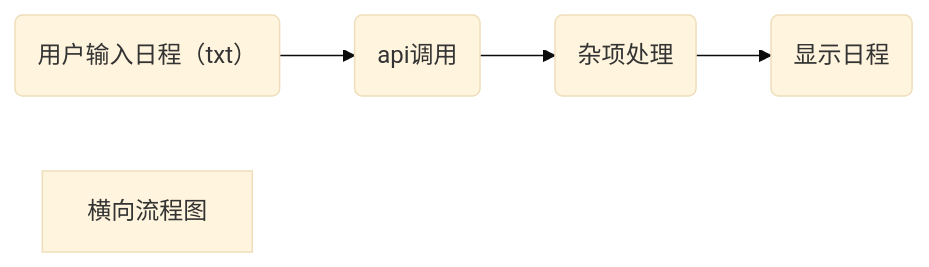
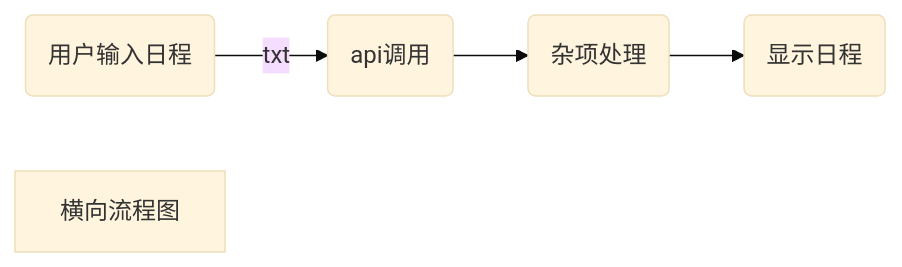
One commit to yi-qi7/ChronoHive changed the diagram in src/main/核心功能实现/README.md. Above: the diagram before and after it, drawn with Mermaid (base theme). The commit also changed other lines of this file, not shown here.

````diff
--- a/src/main/核心功能实现/README.md
+++ b/src/main/核心功能实现/README.md
@@ -3,7 +3,7 @@
 ```mermaid
 graph LR
-A(用户输入日程（txt）) -->B(api调用)
+A(用户输入日程) --> |txt|B(api调用)
      B --> C(杂项处理 )
      C --> E(显示日程)
      F[横向流程图]
  ```
````
